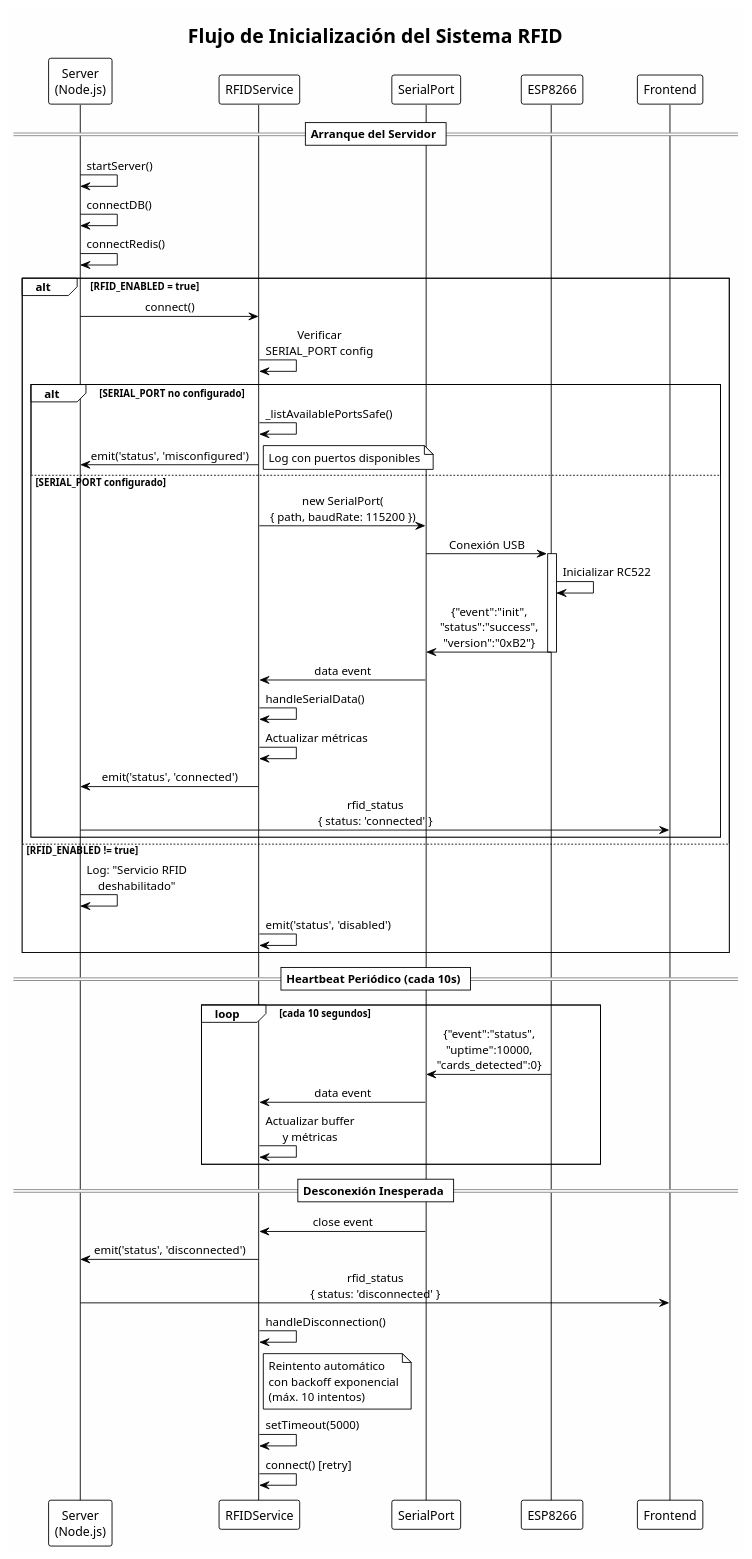
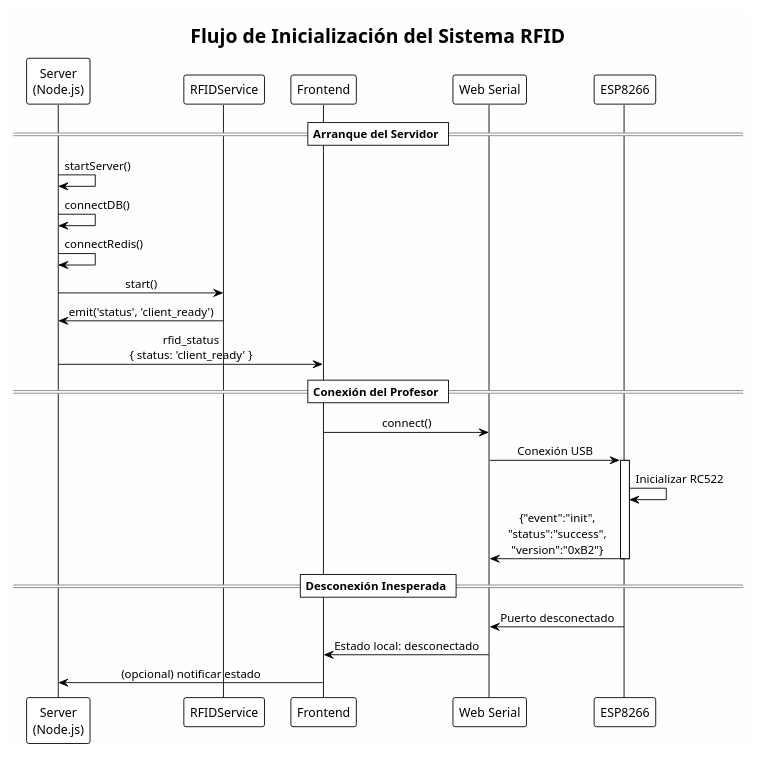
One commit to Samuel-Prog-CSec/TFG-IoT changed the diagram in backend/docs/diagrams/rfid_init_sequence.puml. Above: the diagram before and after it, drawn with PlantUML. The commit also changed 37 other files, not shown here.

First line of the commit message:
feat: migración de la arquitectura RFID a la API Web Serial

```diff
--- a/backend/docs/diagrams/rfid_init_sequence.puml
+++ b/backend/docs/diagrams/rfid_init_sequence.puml
@@ -1,77 +1,41 @@
 @startuml RFID_Init_Sequence
 
 !theme plain
 skinparam backgroundColor #FEFEFE
 skinparam sequenceMessageAlign center
 
 title Flujo de Inicialización del Sistema RFID
 
 participant "Server\n(Node.js)" as Server
 participant "RFIDService" as RFID
-participant "SerialPort" as Serial
+participant "Frontend" as FE
+participant "Web Serial" as WebSerial
 participant "ESP8266" as ESP
-participant "Frontend" as FE
 
 == Arranque del Servidor ==
 
 Server -> Server : startServer()
 Server -> Server : connectDB()
 Server -> Server : connectRedis()
 
-alt RFID_ENABLED = true
-    Server -> RFID : connect()
-    
-    RFID -> RFID : Verificar\nSERIAL_PORT config
-    
-    alt SERIAL_PORT no configurado
-        RFID -> RFID : _listAvailablePortsSafe()
-        RFID -> Server : emit('status', 'misconfigured')
-        note right: Log con puertos disponibles
-    else SERIAL_PORT configurado
-        RFID -> Serial : new SerialPort(\n{ path, baudRate: 115200 })
-        Serial -> ESP : Conexión USB
-        
-        activate ESP
-        ESP -> ESP : Inicializar RC522
-        ESP -> Serial : {"event":"init",\n"status":"success",\n"version":"0xB2"}
-        deactivate ESP
-        
-        Serial -> RFID : data event
-        RFID -> RFID : handleSerialData()
-        RFID -> RFID : Actualizar métricas
-        
-        RFID -> Server : emit('status', 'connected')
-        Server -> FE : rfid_status\n{ status: 'connected' }
-    end
-    
-else RFID_ENABLED != true
-    Server -> Server : Log: "Servicio RFID\ndeshabilitado"
-    RFID -> RFID : emit('status', 'disabled')
-end
+Server -> RFID : start()
+RFID -> Server : emit('status', 'client_ready')
+Server -> FE : rfid_status\n{ status: 'client_ready' }
 
-== Heartbeat Periódico (cada 10s) ==
+== Conexión del Profesor ==
 
-loop cada 10 segundos
-    ESP -> Serial : {"event":"status",\n"uptime":10000,\n"cards_detected":0}
-    Serial -> RFID : data event
-    RFID -> RFID : Actualizar buffer\ny métricas
-end
+FE -> WebSerial : connect()
+WebSerial -> ESP : Conexión USB
+
+activate ESP
+ESP -> ESP : Inicializar RC522
+ESP -> WebSerial : {"event":"init",\n"status":"success",\n"version":"0xB2"}
+deactivate ESP
 
 == Desconexión Inesperada ==
 
-Serial -> RFID : close event
-RFID -> Server : emit('status', 'disconnected')
-Server -> FE : rfid_status\n{ status: 'disconnected' }
-
-RFID -> RFID : handleDisconnection()
-
-note right of RFID
-  Reintento automático
-  con backoff exponencial
-  (máx. 10 intentos)
-end note
-
-RFID -> RFID : setTimeout(5000)
-RFID -> RFID : connect() [retry]
+ESP -> WebSerial : Puerto desconectado
+WebSerial -> FE : Estado local: desconectado
+FE -> Server : (opcional) notificar estado
 
 @enduml
```
